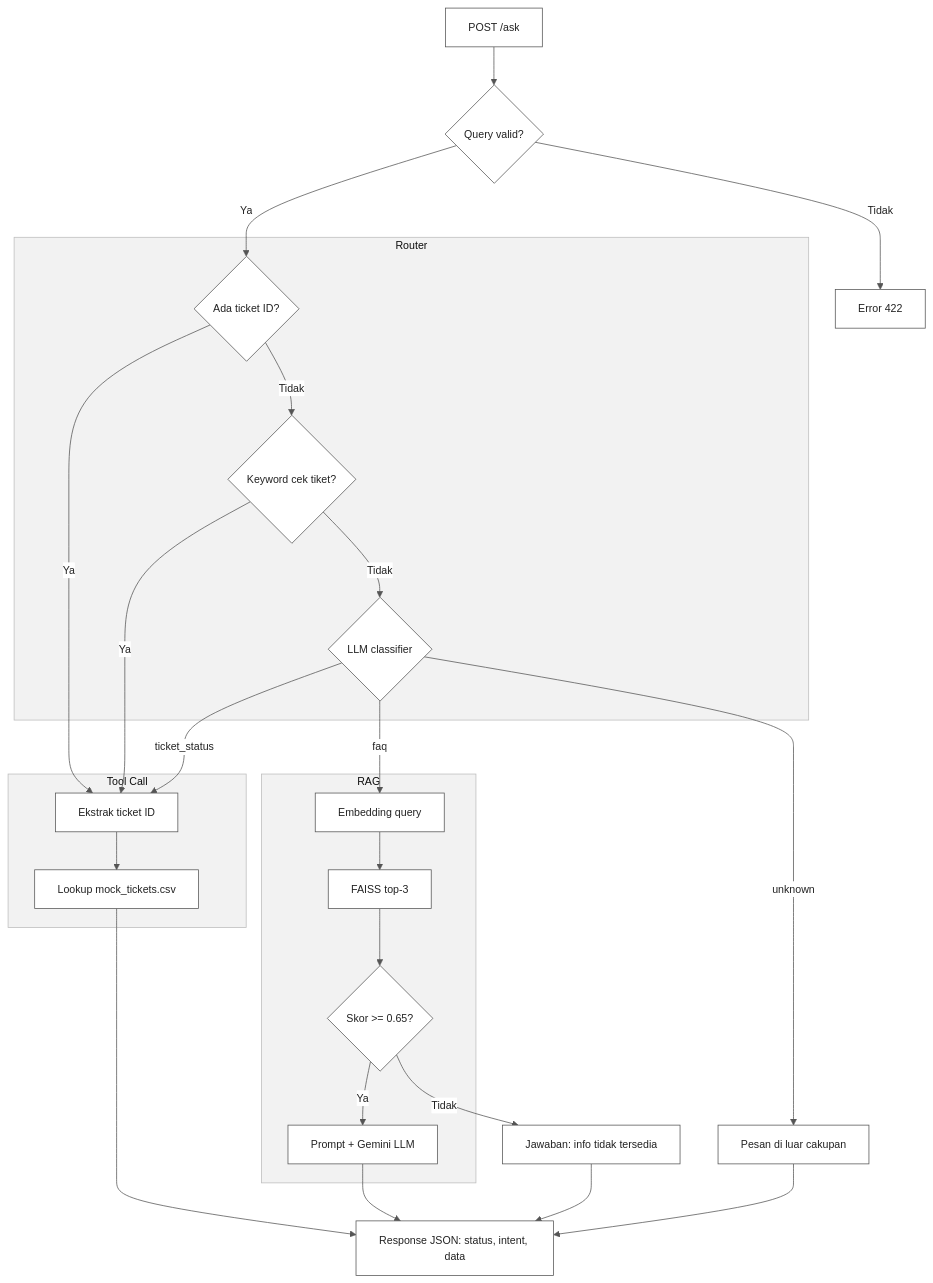
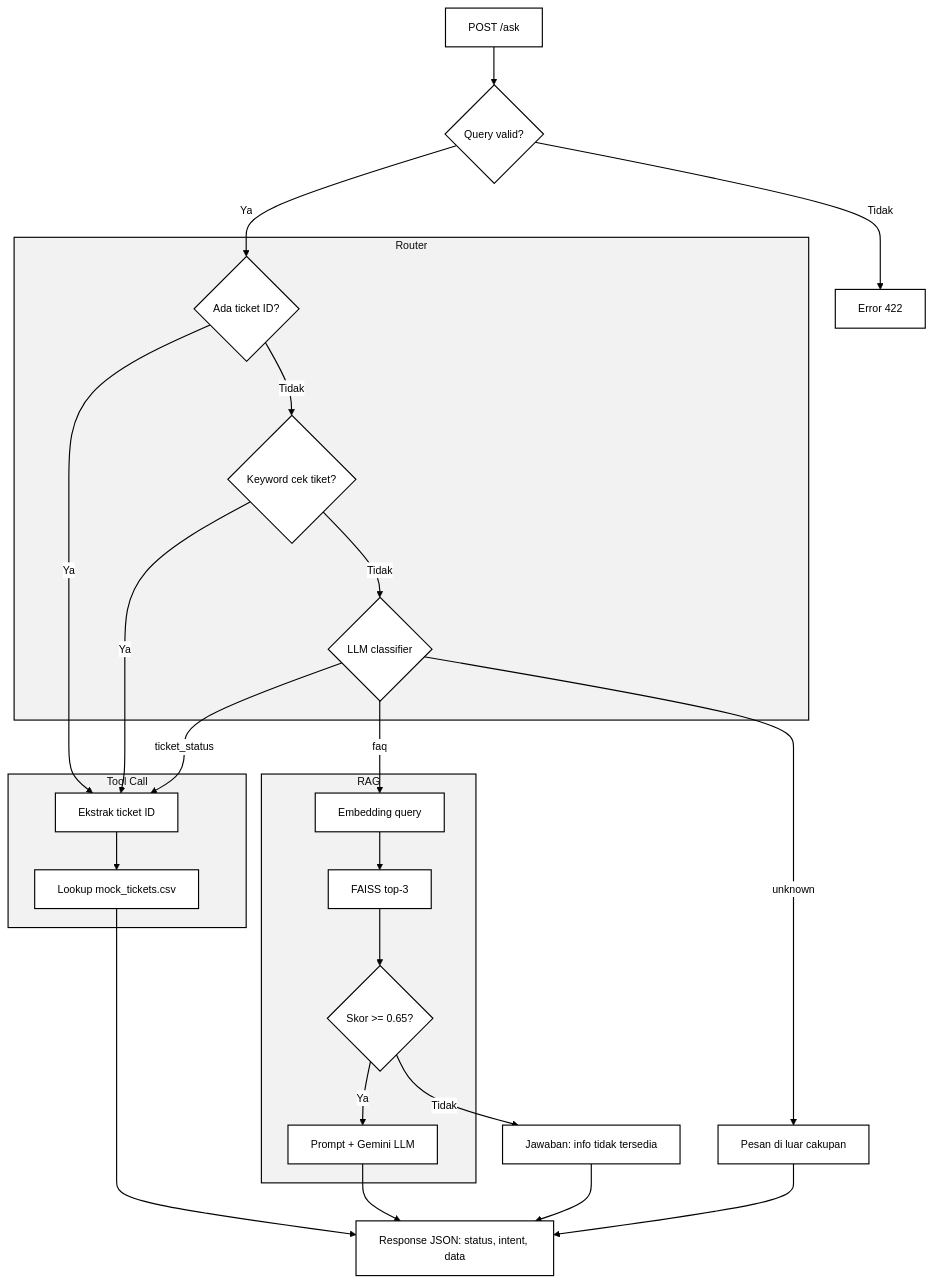
Before and after one commit to luluahb/assignment-helpdesk-agent-lulu: the diagram in README.md, drawn with Mermaid.

Commit message:
Use solid black lines in workflow diagram

````diff
--- a/README.md
+++ b/README.md
@@ -52,37 +52,42 @@
 ```mermaid
-%%{init: {"theme": "base", "themeVariables": {"fontFamily": "Arial, Helvetica, sans-serif", "fontSize": "14px", "primaryColor": "#ffffff", "primaryTextColor": "#222222", "primaryBorderColor": "#555555", "lineColor": "#555555", "secondaryColor": "#ffffff", "tertiaryColor": "#f2f2f2", "clusterBkg": "#f2f2f2", "clusterBorder": "#bdbdbd", "edgeLabelBackground": "#ffffff"}}}%%
+%%{init: {"theme": "base", "themeVariables": {"fontSize": "14px", "primaryColor": "#ffffff", "primaryTextColor": "#000000", "primaryBorderColor": "#000000", "lineColor": "#000000", "secondaryColor": "#ffffff", "tertiaryColor": "#f2f2f2", "clusterBkg": "#f2f2f2", "clusterBorder": "#000000", "edgeLabelBackground": "#ffffff"}, "themeCSS": ".node rect, .node polygon, .cluster rect { filter: none !important; } .edgeLabel { padding: 0 4px; }"}}%%
 flowchart TD
     A[POST /ask] --> B{Query valid?}
     B -- Tidak --> E1[Error 422]
     B -- Ya --> R1
 
     subgraph RT [Router]
         R1{Ada ticket ID?}
         R2{Keyword cek tiket?}
         R3{LLM classifier}
         R1 -- Tidak --> R2
         R2 -- Tidak --> R3
     end
 
     R1 -- Ya --> T1
     R2 -- Ya --> T1
     R3 -- ticket_status --> T1
     R3 -- faq --> F1
     R3 -- unknown --> U[Pesan di luar cakupan]
 
     subgraph TC [Tool Call]
         T1[Ekstrak ticket ID] --> T2[Lookup mock_tickets.csv]
     end
 
     subgraph RG [RAG]
         F1[Embedding query] --> F2[FAISS top-3]
         F2 --> F3{Skor >= 0.65?}
         F3 -- Ya --> F4[Prompt + Gemini LLM]
     end
 
     F3 -- Tidak --> N[Jawaban: info tidak tersedia]
     T2 --> Z[Response JSON: status, intent, data]
     F4 --> Z
     N --> Z
     U --> Z
+    classDef default fill:#ffffff,stroke:#000000,stroke-width:1.5px,color:#000000
+    style RT fill:#f2f2f2,stroke:#000000,stroke-width:1.5px
+    style TC fill:#f2f2f2,stroke:#000000,stroke-width:1.5px
+    style RG fill:#f2f2f2,stroke:#000000,stroke-width:1.5px
+    linkStyle default stroke:#000000,stroke-width:1.5px
 ```
````
